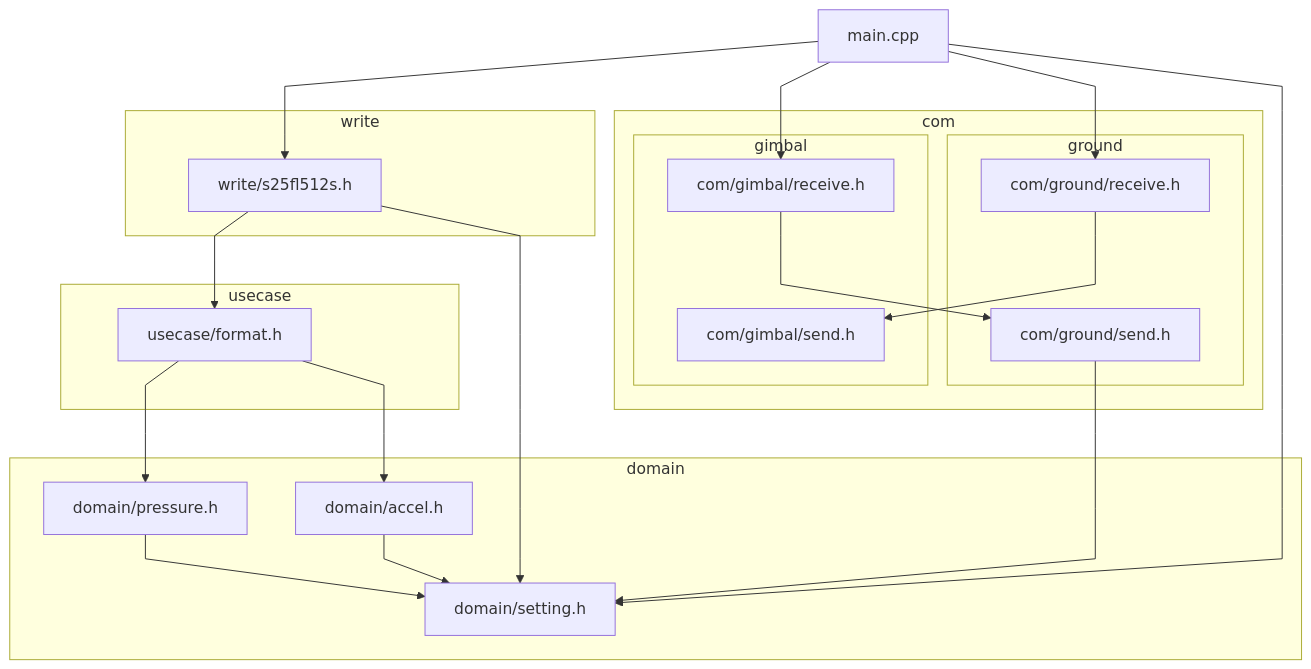
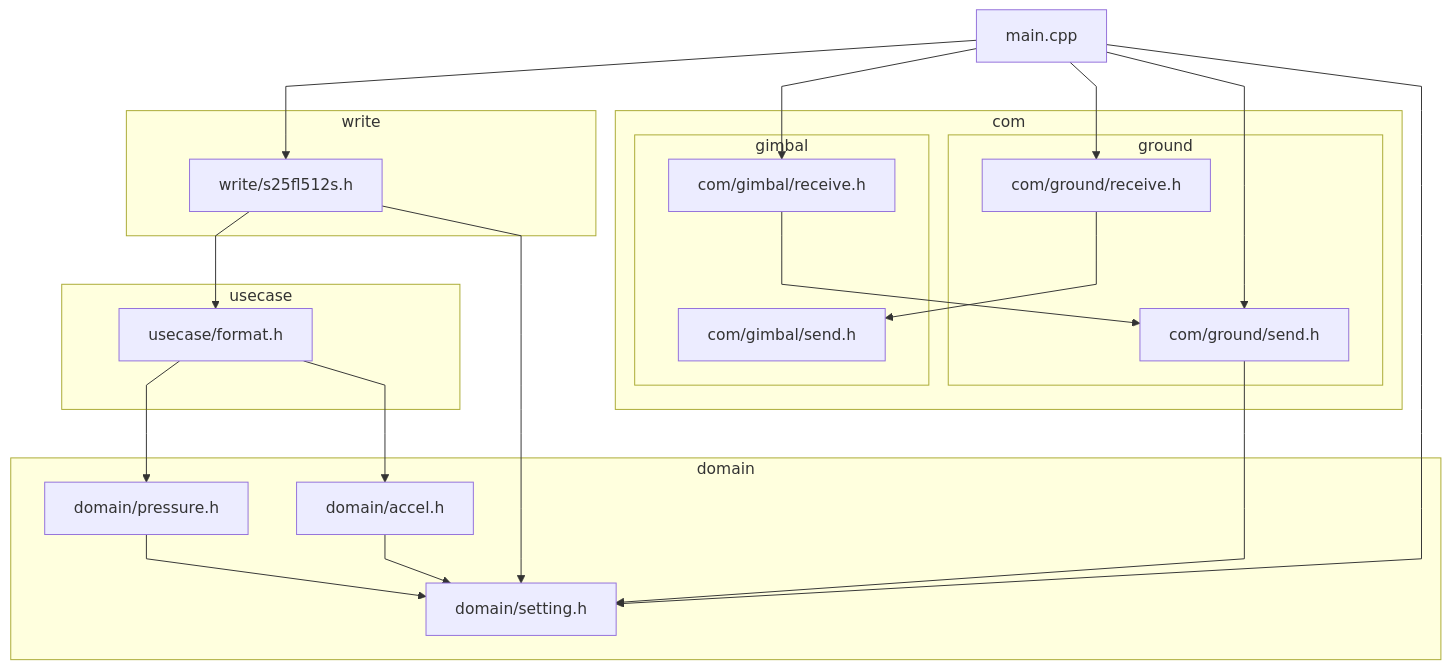
One commit to CREATE-ROCKET/Avi_73J_RtdBoard changed the fourth of 4 diagrams in README.md. Above: the diagram before and after it, drawn with Mermaid. The commit also changed other lines of this file, not shown here.

````diff
--- a/README.md
+++ b/README.md
@@ -115,39 +120,40 @@
 ```mermaid
 %%{ init: { 'flowchart': { 'curve': 'linear' } } }%%
 
 graph TD
     subgraph domain
         A
         C
         D
     end
     subgraph usecase
         B
     end
     subgraph write
         E
     end
     subgraph com
         subgraph ground
             F
             I
         end
         subgraph gimbal
             G
             H
         end
     end
     B[usecase/format.h] --> A[domain/accel.h]
     B[usecase/format.h] --> C[domain/pressure.h]
     C --> D[domain/setting.h]
     A --> D
     E[write/s25fl512s.h] --> B
     E[write/s25fl512s.h] --> D
     F[com/ground/send.h] --> D
     I[com/ground/receive.h] --> G[com/gimbal/send.h]
     H[com/gimbal/receive.h] --> F
     J[main.cpp] --> H
     J[main.cpp] --> I
     J[main.cpp] --> D
     J[main.cpp] --> E
+    J[main.cpp] --> F
 ```
````
